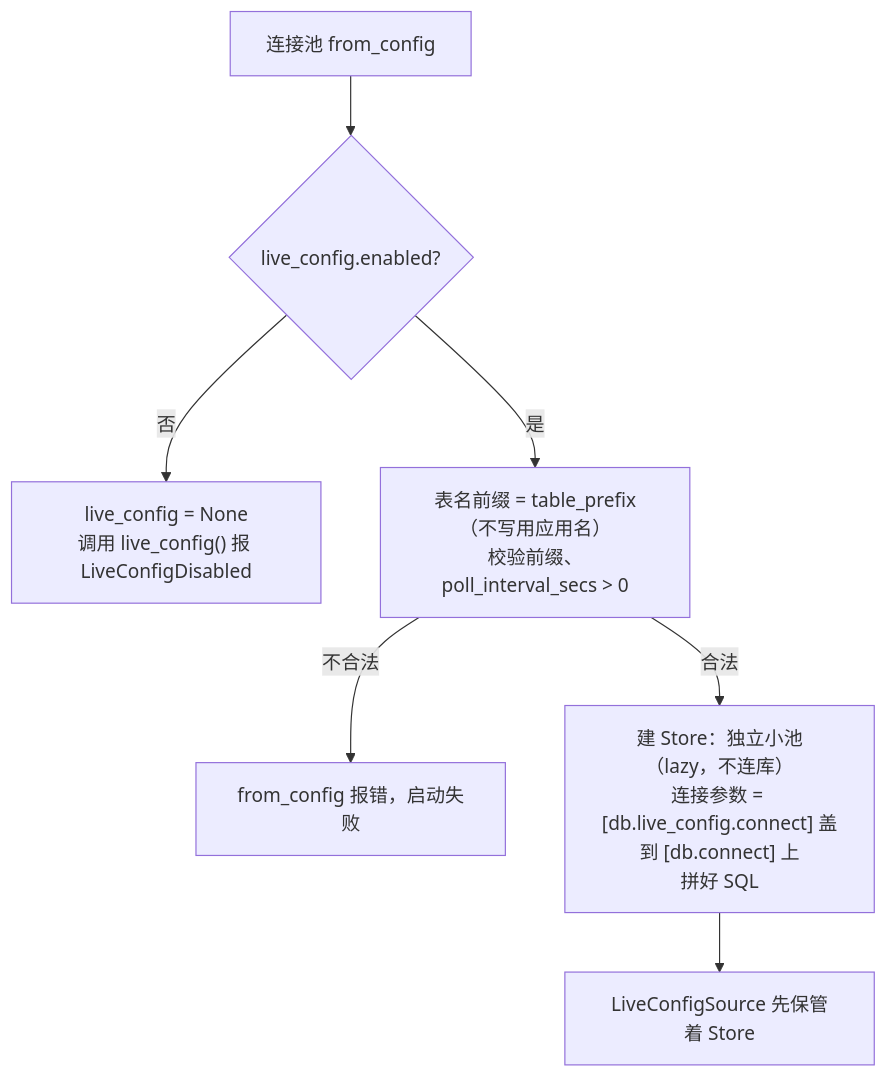
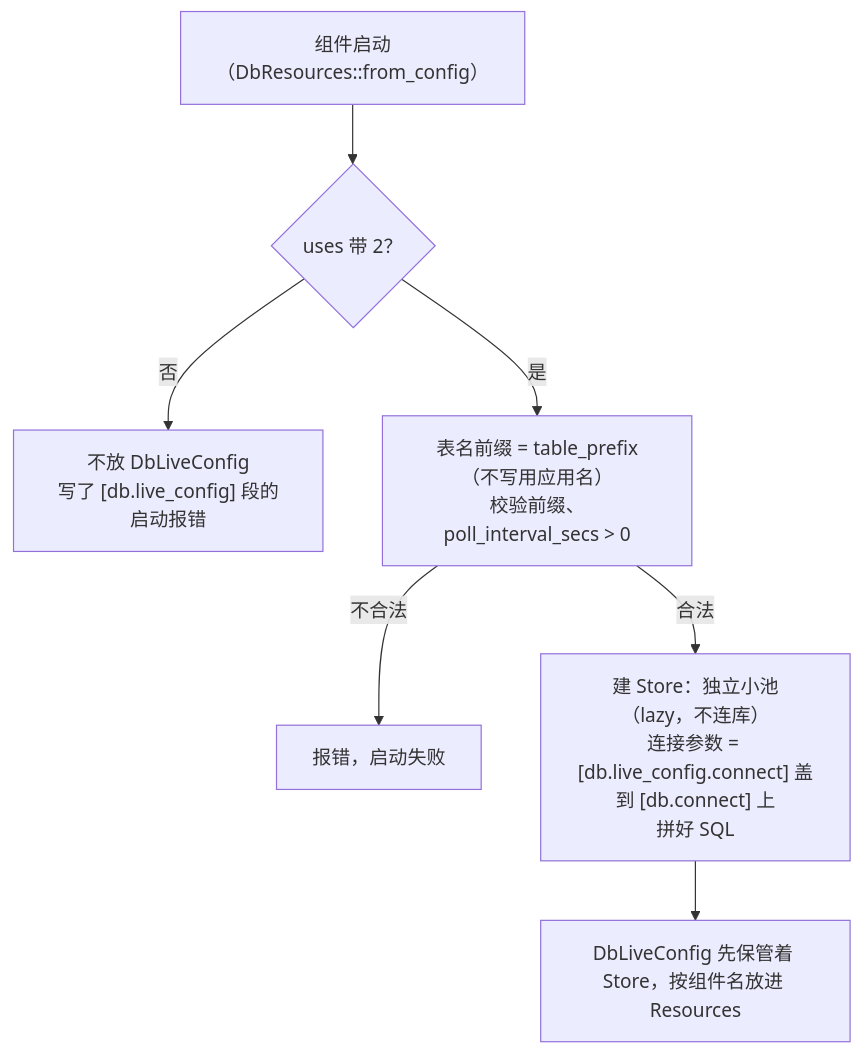
Before and after one commit to tpxxwz/hygiea: the second of 7 diagrams in docs/design/live-config.md, drawn with Mermaid. The commit also changed other lines of this file and 47 other files, not shown here.

First line of the commit message:
feat(db): 锁、动态配置组件化：uses 位掩码 + 泛型组件 DbComponent，资源 DbLock / DbLiveConfig

````diff
--- a/docs/design/live-config.md
+++ b/docs/design/live-config.md
@@ -158,9 +165,9 @@
 ```mermaid
 flowchart TD
-    A["连接池 from_config"] --> B{"live_config.enabled?"}
-    B -- 否 --> C["live_config = None<br/>调用 live_config() 报 LiveConfigDisabled"]
+    A["组件启动（DbResources::from_config）"] --> B{"uses 带 2？"}
+    B -- 否 --> C["不放 DbLiveConfig<br/>写了 [db.live_config] 段的启动报错"]
     B -- 是 --> D["表名前缀 = table_prefix（不写用应用名）<br/>校验前缀、poll_interval_secs > 0"]
-    D -- 不合法 --> E["from_config 报错，启动失败"]
+    D -- 不合法 --> E["报错，启动失败"]
     D -- 合法 --> F["建 Store：独立小池（lazy，不连库）<br/>连接参数 = [db.live_config.connect] 盖到 [db.connect] 上<br/>拼好 SQL"]
-    F --> G["LiveConfigSource 先保管着 Store"]
+    F --> G["DbLiveConfig 先保管着 Store，按组件名放进 Resources"]
 ```
````
